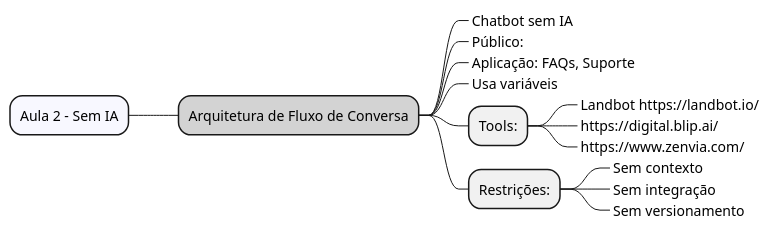
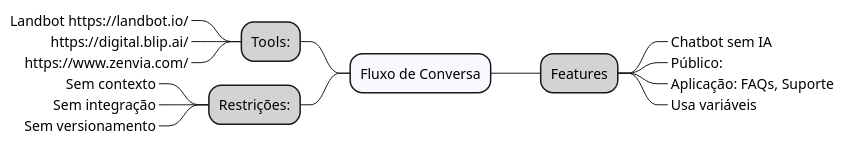
Before and after one commit to acnaweb/chatbot: the diagram in docs/src/aula2.wsd, drawn with PlantUML. The commit also changed 1 other file, not shown here.

```diff
--- a/docs/src/aula2.wsd
+++ b/docs/src/aula2.wsd
@@ -1,25 +1,26 @@
 @startmindmap
 
-*[#F8F8FF] Aula 2 - Sem IA
+*[#F8F8FF] Fluxo de Conversa
 
-**[#LightGray] Arquitetura de Fluxo de Conversa
-
+**[#LightGray] Features
 ***_ Chatbot sem IA
 ***_ Público: 
 ***_ Aplicação: FAQs, Suporte
 ***_ Usa variáveis
 
-*** Tools:
-****_ Landbot https://landbot.io/
-****_ https://digital.blip.ai/
-****_ https://www.zenvia.com/
+left side
 
-*** Restrições:
-****_ Sem contexto
-****_ Sem integração
-****_ Sem versionamento
+**[#LightGray] Tools:
+***_ Landbot https://landbot.io/
+***_ https://digital.blip.ai/
+***_ https://www.zenvia.com/
+
+**[#LightGray] Restrições:
+***_ Sem contexto
+***_ Sem integração
+***_ Sem versionamento
 
 
 left side
 
 @endmindmap
```
